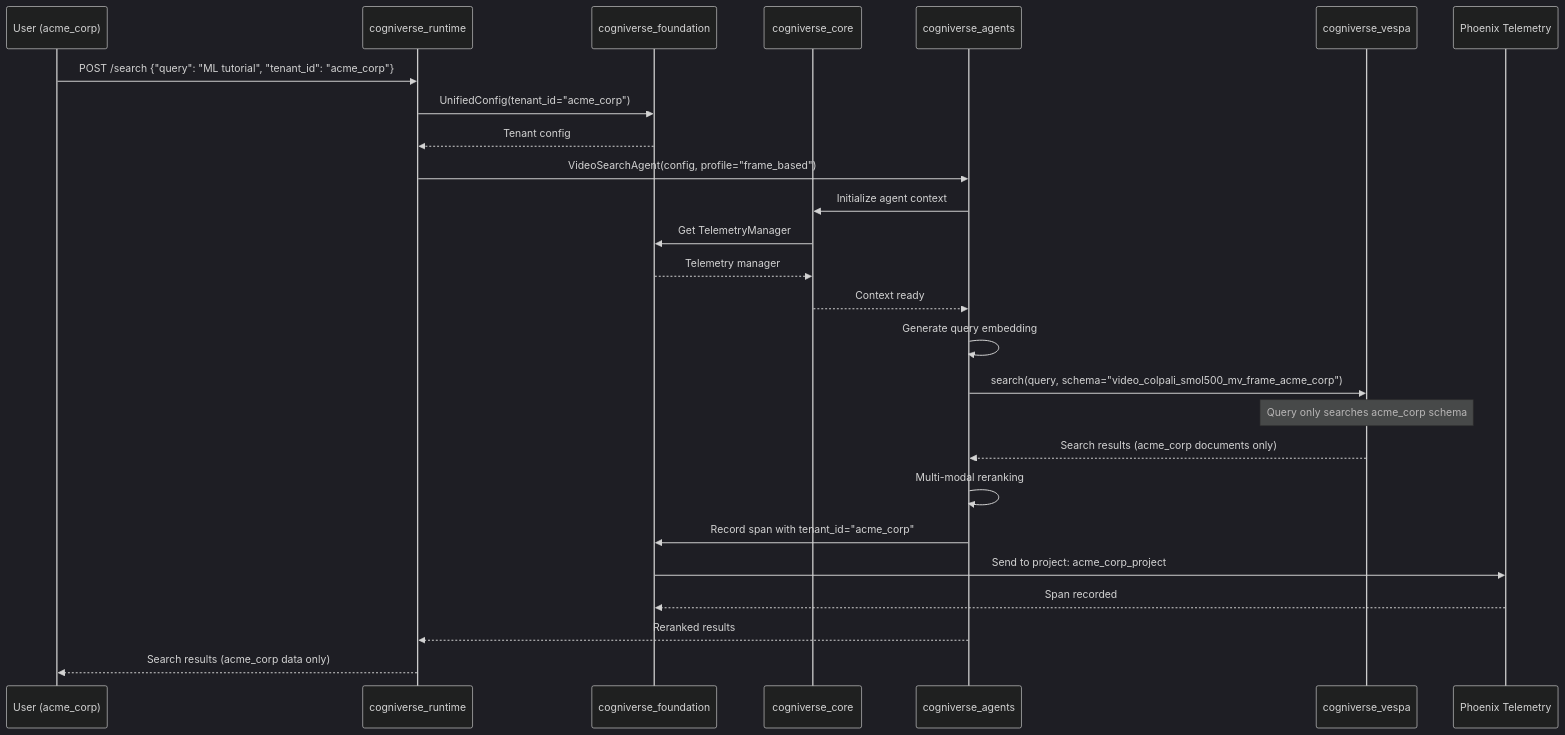
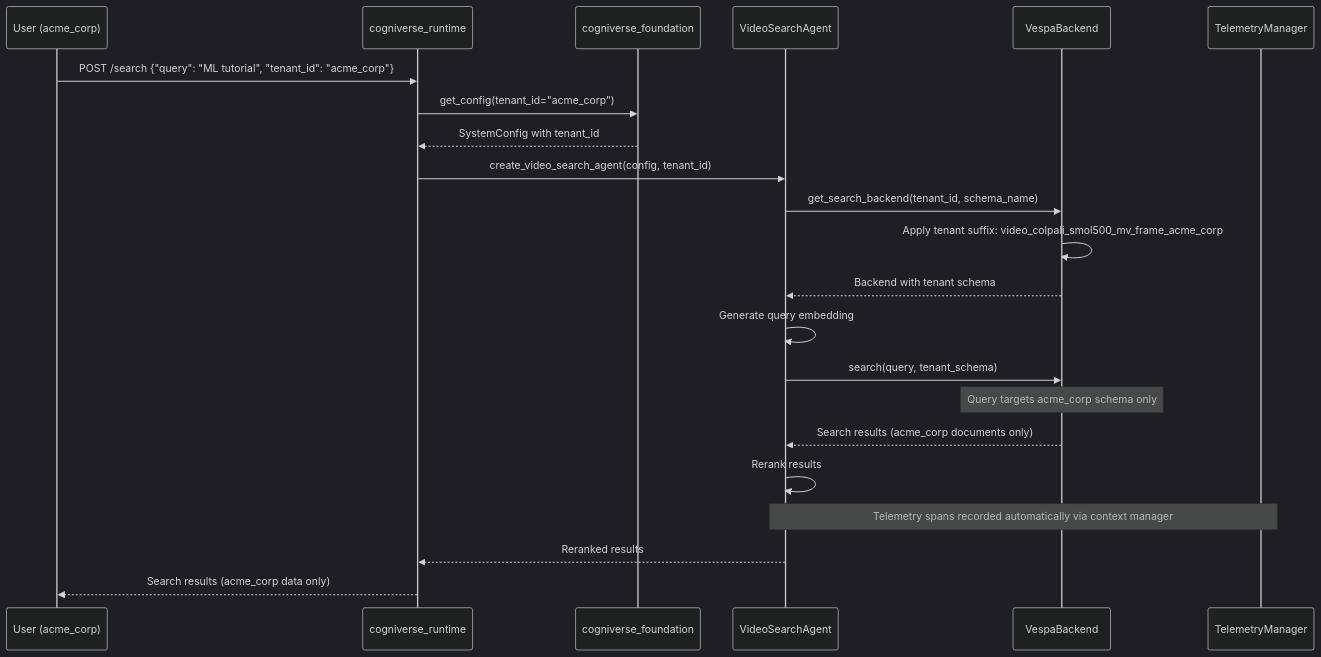
Before and after one commit to amit-jain/cogniverse: the eighth of 19 diagrams in docs/diagrams/multi-tenant-diagrams.md, drawn with Mermaid (dark theme). The commit also changed other lines of this file and 83 other files, not shown here.

First line of the commit message:
Fix documentation veracity, formatting, and diagrams across all modules

````diff
--- a/docs/diagrams/multi-tenant-diagrams.md
+++ b/docs/diagrams/multi-tenant-diagrams.md
@@ -314,36 +347,32 @@
 ```mermaid
 sequenceDiagram
     participant User as User (acme_corp)
     participant Runtime as cogniverse_runtime
     participant Foundation as cogniverse_foundation
-    participant Core as cogniverse_core
-    participant Agents as cogniverse_agents
-    participant Vespa as cogniverse_vespa
-    participant Phoenix as Phoenix Telemetry
+    participant Agent as VideoSearchAgent
+    participant Backend as VespaBackend
+    participant Telemetry as TelemetryManager
 
     User->>Runtime: POST /search {"query": "ML tutorial", "tenant_id": "acme_corp"}
 
-    Runtime->>Foundation: UnifiedConfig(tenant_id="acme_corp")
-    Foundation-->>Runtime: Tenant config
+    Runtime->>Foundation: get_config(tenant_id="acme_corp")
+    Foundation-->>Runtime: SystemConfig with tenant_id
 
-    Runtime->>Agents: VideoSearchAgent(config, profile="frame_based")
-    Agents->>Core: Initialize agent context
-    Core->>Foundation: Get TelemetryManager
-    Foundation-->>Core: Telemetry manager
-    Core-->>Agents: Context ready
+    Runtime->>Agent: create_video_search_agent(config, tenant_id)
+    Agent->>Backend: get_search_backend(tenant_id, schema_name)
+    Backend->>Backend: Apply tenant suffix: video_colpali_smol500_mv_frame_acme_corp
+    Backend-->>Agent: Backend with tenant schema
 
-    Agents->>Agents: Generate query embedding
+    Agent->>Agent: Generate query embedding
 
-    Agents->>Vespa: search(query, schema="video_colpali_smol500_mv_frame_acme_corp")
-    Note over Vespa: Query only searches acme_corp schema
-    Vespa-->>Agents: Search results (acme_corp documents only)
+    Agent->>Backend: search(query, tenant_schema)
+    Note over Backend: Query targets acme_corp schema only
+    Backend-->>Agent: Search results (acme_corp documents only)
 
-    Agents->>Agents: Multi-modal reranking
+    Agent->>Agent: Rerank results
 
-    Agents->>Foundation: Record span with tenant_id="acme_corp"
-    Foundation->>Phoenix: Send to project: acme_corp_project
-    Phoenix-->>Foundation: Span recorded
+    Note over Agent,Telemetry: Telemetry spans recorded automatically via context manager
 
-    Agents-->>Runtime: Reranked results
+    Agent-->>Runtime: Reranked results
     Runtime-->>User: Search results (acme_corp data only)
 ```
````
